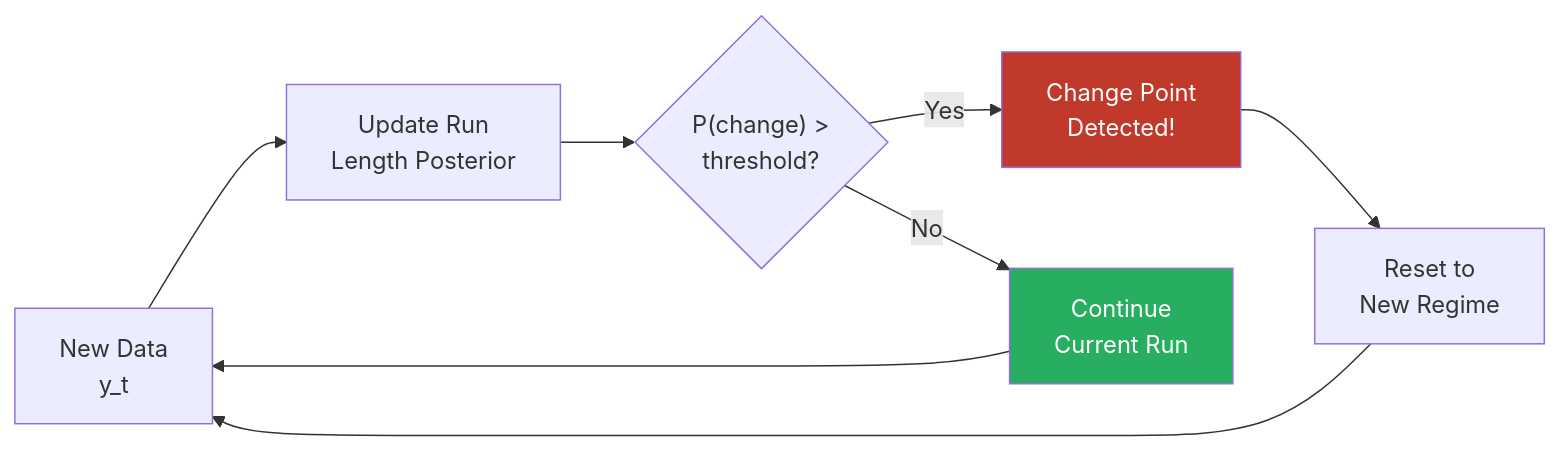
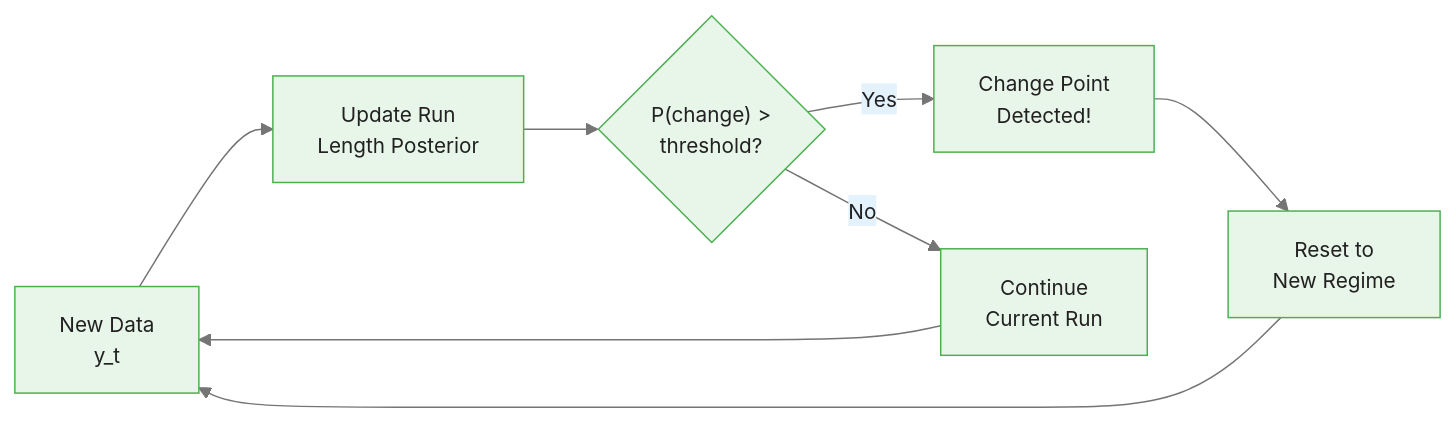
One commit to m-deane/course-creator changed the second of 3 diagrams in courses/bayesian-commodity-forecasting/modules/module_07_regime_switching/guides/02_change_point_detection_slides.md. Above: the diagram before and after it, drawn with Mermaid. The commit also changed other lines of this file and 104 other files, not shown here.

````diff
--- a/courses/bayesian-commodity-forecasting/modules/module_07_regime_switching/guides/02_change_point_detection_slides.md
+++ b/courses/bayesian-commodity-forecasting/modules/module_07_regime_switching/guides/02_change_point_detection_slides.md
@@ -208,12 +224,11 @@
 ```mermaid
+%%{init: {"theme": "base", "themeVariables": {"primaryColor": "#e8f5e9", "primaryBorderColor": "#4caf50", "primaryTextColor": "#212121", "secondaryColor": "#e3f2fd", "tertiaryColor": "#fff8e1", "lineColor": "#757575", "fontFamily": "Inter, sans-serif", "fontSize": "14px"}}}%%
 flowchart LR
     DATA["New Data\ny_t"] --> UPDATE["Update Run\nLength Posterior"]
     UPDATE --> Q{"P(change) >\nthreshold?"}
     Q -->|"Yes"| ALERT["Change Point\nDetected!"]
     Q -->|"No"| CONTINUE["Continue\nCurrent Run"]
     CONTINUE --> DATA
     ALERT --> RESET["Reset to\nNew Regime"]
     RESET --> DATA
-    style ALERT fill:#c0392b,color:#fff
-    style CONTINUE fill:#27ae60,color:#fff
 ```
````
